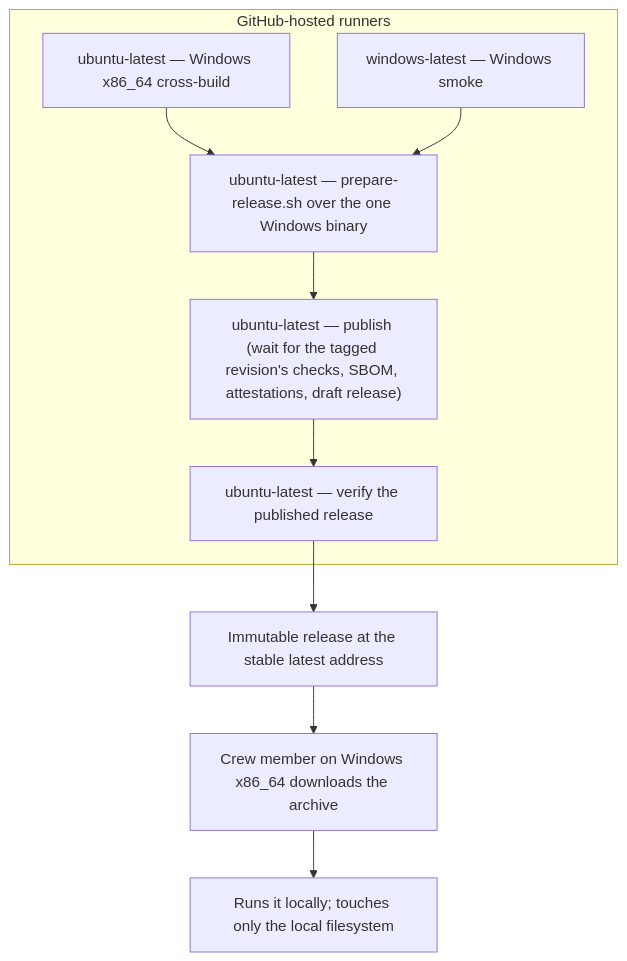
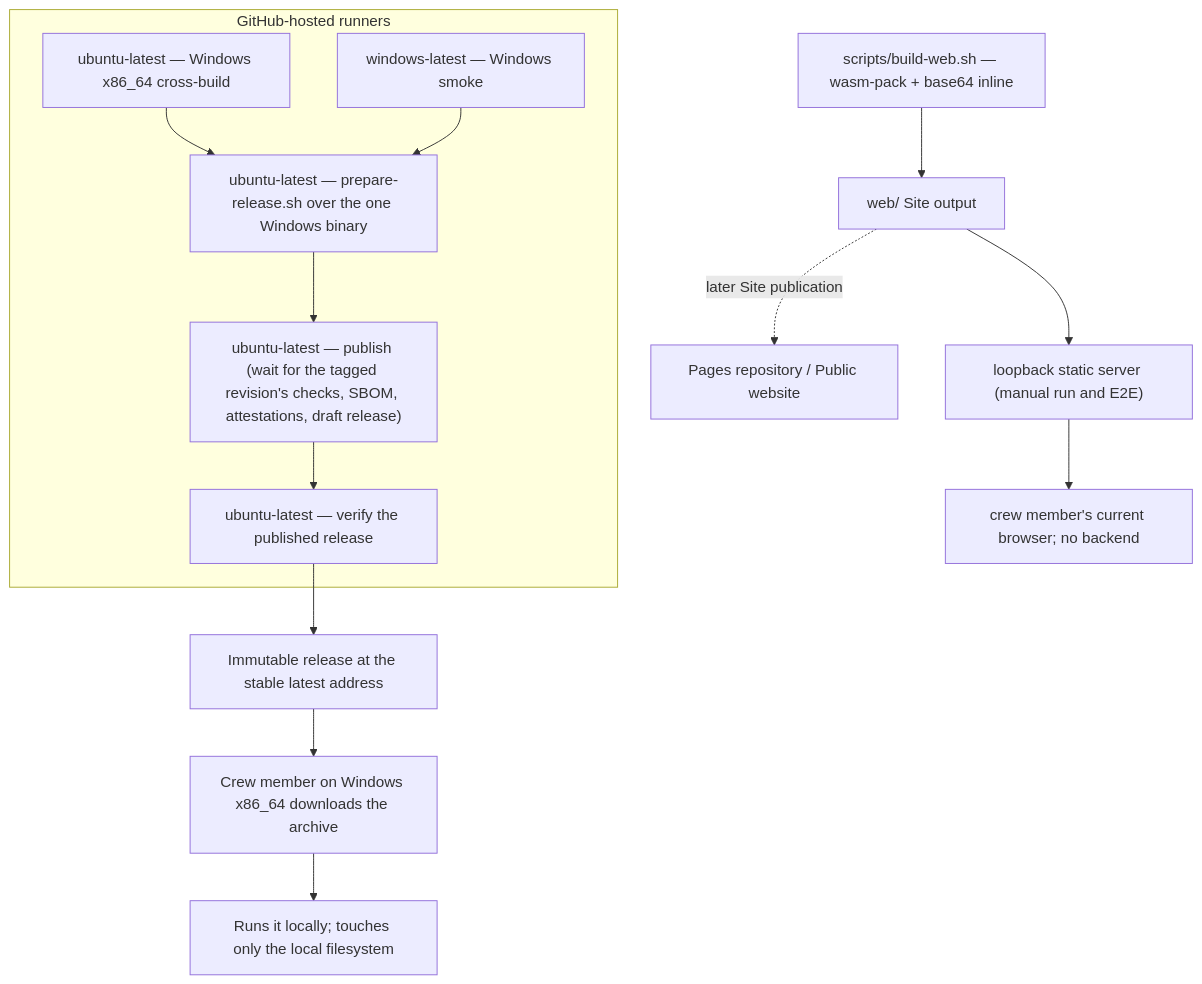
Before and after one commit to duty2cal/duty2cal: the first of 2 diagrams in docs/arc42/07-deployment-view.md, drawn with Mermaid. The commit also changed other lines of this file and 37 other files, not shown here.

Commit message:
chore(build-browser-converter): record the proposal, design review, arc42 and public website handoff

````diff
--- a/docs/arc42/07-deployment-view.md
+++ b/docs/arc42/07-deployment-view.md
@@ -7,16 +13,20 @@
 ```mermaid
 flowchart TB
   subgraph host["GitHub-hosted runners"]
     b1["ubuntu-latest — Windows x86_64 cross-build"]
     sm["windows-latest — Windows smoke"]
     prep["ubuntu-latest — prepare-release.sh over the one Windows binary"]
     pub["ubuntu-latest — publish (wait for the tagged revision's checks, SBOM, attestations, draft release)"]
     ver["ubuntu-latest — verify the published release"]
   end
   b1 --> prep
   sm --> prep
   prep --> pub --> ver
   ver --> rel["Immutable release at the stable latest address"]
   rel --> dl["Crew member on Windows x86_64 downloads the archive"]
   dl --> run["Runs it locally; touches only the local filesystem"]
+  build["scripts/build-web.sh — wasm-pack + base64 inline"] --> site["web/ Site output"]
+  site --> loop["loopback static server (manual run and E2E)"]
+  loop --> browser["crew member's current browser; no backend"]
+  site -.->|"later Site publication"| pages["Pages repository / Public website"]
 ```
````
